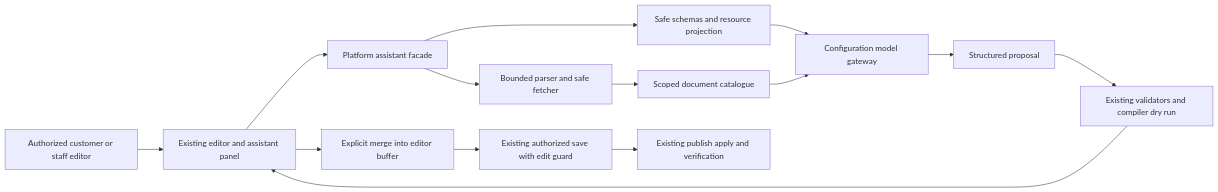
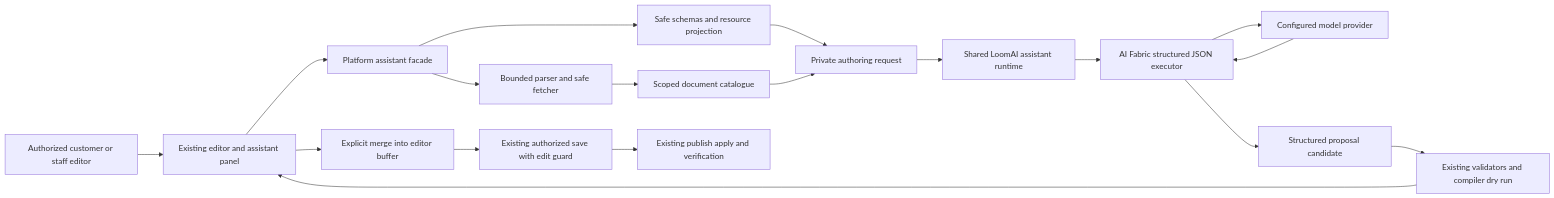
The first of 2 diagrams in doc/Productization/future-work/MarketPlace/Products/Strategy/RoadMaps/Implementation/010_37_PLATFORM_DEPLOYMENT_CONFIGURATION_ASSISTANT_IMPLEMENTATION_PLAN.md (mahmoudashraf/AI-Fabric-Framework), drawn with Mermaid before and after one commit. The commit also changed other lines of this file and 1 other file, not shown here.

Commit message:
docs: detail LoomAI configuration assistant architecture and journey

````diff
--- a/doc/Productization/future-work/MarketPlace/Products/Strategy/RoadMaps/Implementation/010_37_PLATFORM_DEPLOYMENT_CONFIGURATION_ASSISTANT_IMPLEMENTATION_PLAN.md
+++ b/doc/Productization/future-work/MarketPlace/Products/Strategy/RoadMaps/Implementation/010_37_PLATFORM_DEPLOYMENT_CONFIGURATION_ASSISTANT_IMPLEMENTATION_PLAN.md
@@ -289,16 +314,20 @@
 ```mermaid
 flowchart LR
   U[Authorized customer or staff editor] --> P[Existing editor and assistant panel]
   P --> F[Platform assistant facade]
   F --> I[Bounded parser and safe fetcher]
   I --> D[Scoped document catalogue]
   F --> C[Safe schemas and resource projection]
-  C --> M[Configuration model gateway]
-  D --> M
-  M --> G[Structured proposal]
+  C --> T[Private authoring request]
+  D --> T
+  T --> A[Shared LoomAI assistant runtime]
+  A --> J[AI Fabric structured JSON executor]
+  J --> M[Configured model provider]
+  M --> J
+  J --> G[Structured proposal candidate]
   G --> V[Existing validators and compiler dry run]
   V --> P
   P --> B[Explicit merge into editor buffer]
   B --> S[Existing authorized save with edit guard]
   S --> R[Existing publish apply and verification]
 ```
````
